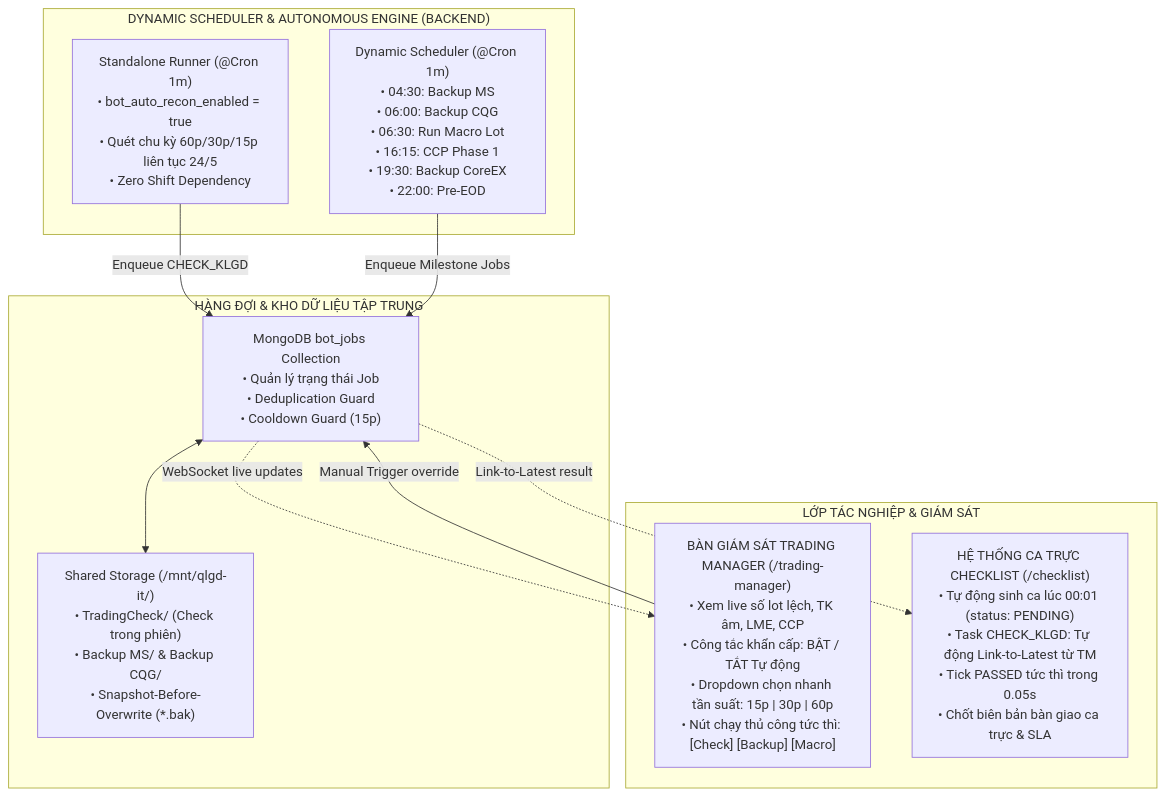
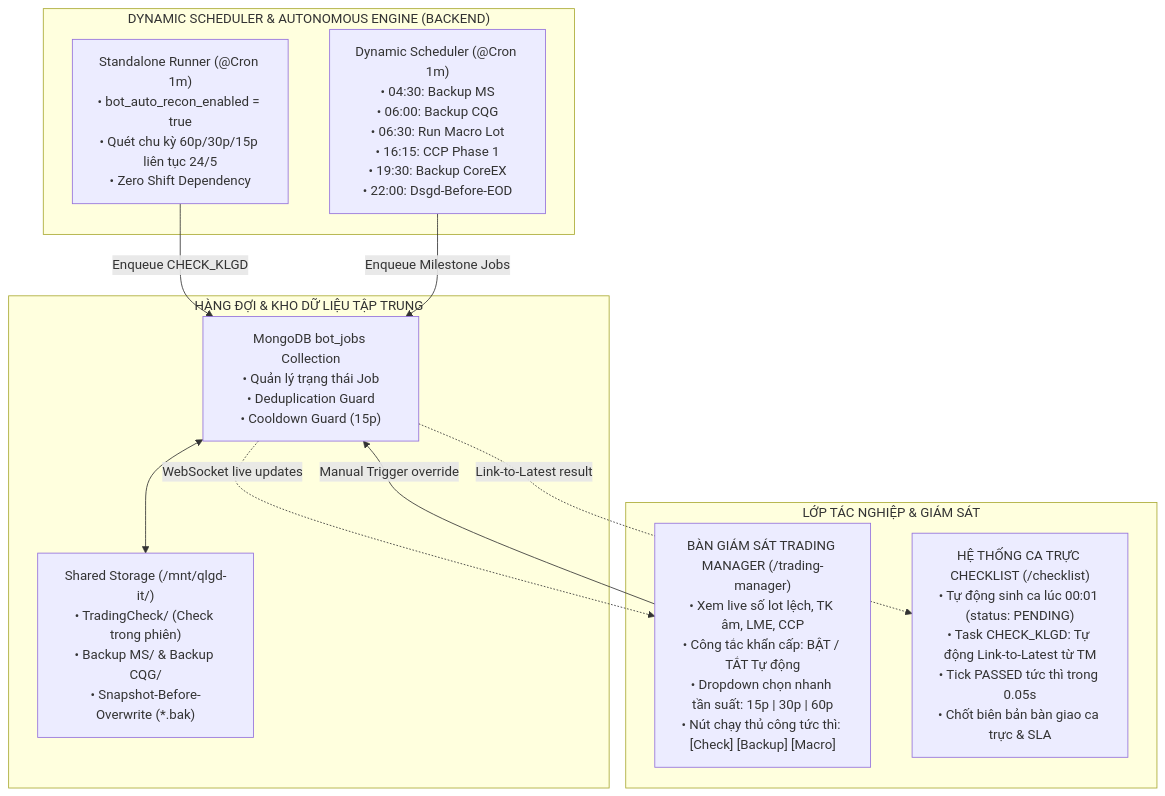
One commit to broly1009a/mxv-shift-checklist changed the first of 2 diagrams in docs/moi/THIET_KE_KIEN_TRUC_VAN_HANH_TU_DONG_TRADING_MANAGER_VA_CHECKLIST_24H.md. Above: the diagram before and after it, drawn with Mermaid. The commit also changed other lines of this file and 165 other files, not shown here.

````diff
--- a/docs/moi/THIET_KE_KIEN_TRUC_VAN_HANH_TU_DONG_TRADING_MANAGER_VA_CHECKLIST_24H.md
+++ b/docs/moi/THIET_KE_KIEN_TRUC_VAN_HANH_TU_DONG_TRADING_MANAGER_VA_CHECKLIST_24H.md
@@ -28,24 +31,24 @@
 ```mermaid
 flowchart TB
     subgraph SCHEDULER_CORE["DYNAMIC SCHEDULER & AUTONOMOUS ENGINE (BACKEND)"]
         Cron_KLGD["Standalone Runner (@Cron 1m)<br/>• bot_auto_recon_enabled = true<br/>• Quét chu kỳ 60p/30p/15p liên tục 24/5<br/>• Zero Shift Dependency"]
-        Cron_Milestone["Dynamic Scheduler (@Cron 1m)<br/>• 04:30: Backup MS<br/>• 06:00: Backup CQG<br/>• 06:30: Run Macro Lot<br/>• 16:15: CCP Phase 1<br/>• 19:30: Backup CoreEX<br/>• 22:00: Pre-EOD"]
+        Cron_Milestone["Dynamic Scheduler (@Cron 1m)<br/>• 04:30: Backup MS<br/>• 06:00: Backup CQG<br/>• 06:30: Run Macro Lot<br/>• 16:15: CCP Phase 1<br/>• 19:30: Backup CoreEX<br/>• 22:00: Dsgd-Before-EOD"]
     end
 
     subgraph QUEUE_STORAGE["HÀNG ĐỢI & KHO DỮ LIỆU TẬP TRUNG"]
         JobQueue["MongoDB bot_jobs Collection<br/>• Quản lý trạng thái Job<br/>• Deduplication Guard<br/>• Cooldown Guard (15p)"]
         SharedFiles["Shared Storage (/mnt/qlgd-it/)<br/>• TradingCheck/ (Check trong phiên)<br/>• Backup MS/ & Backup CQG/<br/>• Snapshot-Before-Overwrite (*.bak)"]
     end
 
     subgraph PRESENTATION_LAYER["LỚP TÁC NGHIỆP & GIÁM SÁT"]
         TM_UI["BÀN GIÁM SÁT TRADING MANAGER (/trading-manager)<br/>• Xem live số lot lệch, TK âm, LME, CCP<br/>• Công tắc khẩn cấp: BẬT / TẮT Tự động<br/>• Dropdown chọn nhanh tần suất: 15p | 30p | 60p<br/>• Nút chạy thủ công tức thì: [Check] [Backup] [Macro]"]
         Shift_UI["HỆ THỐNG CA TRỰC CHECKLIST (/checklist)<br/>• Tự động sinh ca lúc 00:01 (status: PENDING)<br/>• Task CHECK_KLGD: Tự động Link-to-Latest từ TM<br/>• Tick PASSED tức thì trong 0.05s<br/>• Chốt biên bản bàn giao ca trực & SLA"]
     end
 
     Cron_KLGD -->|Enqueue CHECK_KLGD| JobQueue
     Cron_Milestone -->|Enqueue Milestone Jobs| JobQueue
     JobQueue <--> SharedFiles
     JobQueue -.->|WebSocket live updates| TM_UI
     JobQueue -.->|Link-to-Latest result| Shift_UI
     TM_UI -->|Manual Trigger override| JobQueue
 ```
````
